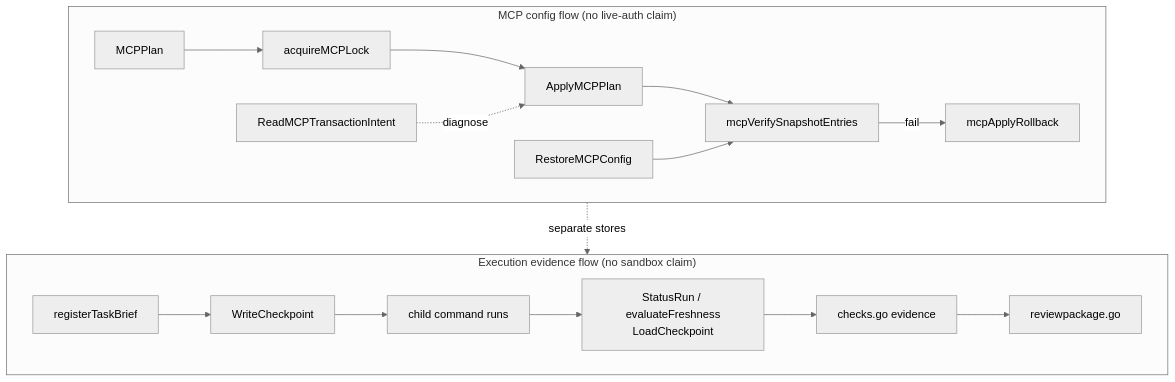
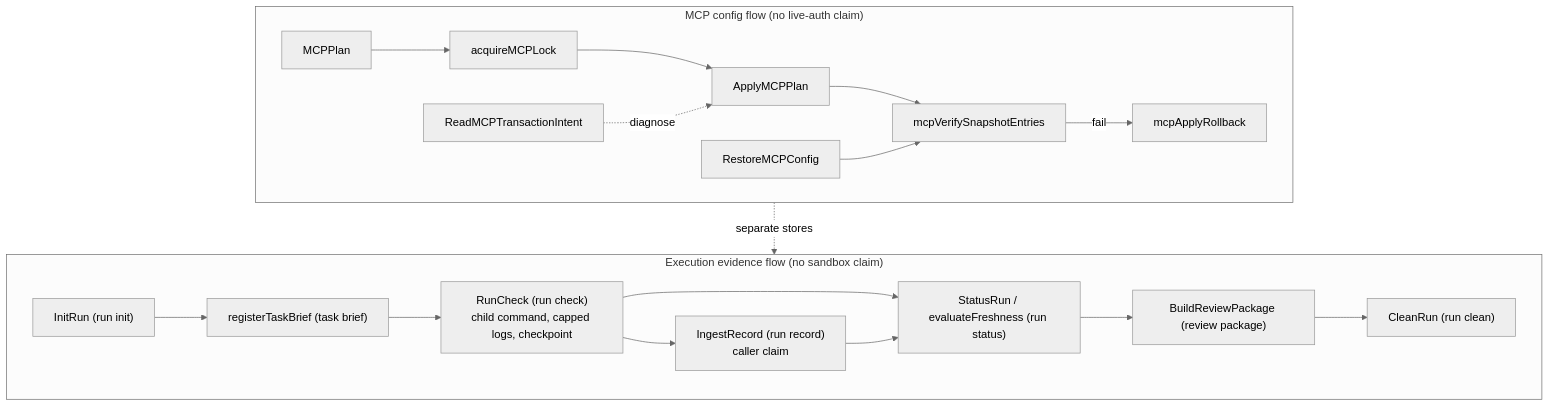
Before and after one commit to nawodyaishan/agentic-sdd: the diagram in website/src/assets/diagrams/D05-evidence.mmd, drawn with Mermaid (neutral theme). The commit also changed 30 other files, not shown here.

```diff
--- a/website/src/assets/diagrams/D05-evidence.mmd
+++ b/website/src/assets/diagrams/D05-evidence.mmd
@@ -1,21 +1,24 @@
-%% D05 — MCP/execution evidence flows (Feature 020, B3-W1-K)
-%% Purpose: MCP = config digest/lock/recovery; execution = brief/record/freshness/review; neither implies sandbox nor live auth.
-%% Source revision: 449245a
-%% Encodes: internal/skillsync/mcp_transaction.go (ApplyMCPPlan, acquireMCPLock, mcpVerifySnapshotEntries, RestoreMCPConfig, ReadMCPTransactionIntent), internal/execution (WriteCheckpoint/LoadCheckpoint, StatusRun/evaluateFreshness, registerTaskBrief, checks.go, reviewpackage.go)
+%% D05 — MCP/execution evidence flows (Feature 020, B3-W1-K; execution order corrected in B9-W1-B)
+%% Purpose: MCP = config digest/lock/recovery; execution = run init/brief/check/record/status/review/clean; neither implies sandbox nor live auth.
+%% Source revision: c542b4a plus the B9/T20 corrective working tree (2026-11-16)
+%% Encodes: internal/skillsync/mcp_transaction.go (ApplyMCPPlan, acquireMCPLock, mcpVerifySnapshotEntries, RestoreMCPConfig, ReadMCPTransactionIntent), internal/execution (InitRun, registerTaskBrief, RunCheck with checks.go evidence, IngestRecord, StatusRun/evaluateFreshness, BuildReviewPackage, CleanRun, WriteCheckpoint/LoadCheckpoint)
+%% Order: the arrows show the typical lifecycle of one run. A check or a record can repeat before status; status and review read the checkpoint and do not write evidence.
 flowchart TB
   subgraph MCP["MCP config flow (no live-auth claim)"]
     MPlan["MCPPlan"] --> MLock["acquireMCPLock"]
     MLock --> MApply["ApplyMCPPlan"]
     MApply --> MVerify["mcpVerifySnapshotEntries"]
     MVerify -->|fail| MRollback["mcpApplyRollback"]
     MIntent["ReadMCPTransactionIntent"] -.->|diagnose| MApply
     MRestore["RestoreMCPConfig"] --> MVerify
   end
   subgraph EXEC["Execution evidence flow (no sandbox claim)"]
-    Brief["registerTaskBrief"] --> CP["WriteCheckpoint"]
-    CP --> Run["child command runs"]
-    Run --> Status["StatusRun / evaluateFreshness<br/>LoadCheckpoint"]
-    Status --> Checks["checks.go evidence"]
-    Checks --> Review["reviewpackage.go"]
+    Init["InitRun (run init)"] --> Brief["registerTaskBrief (task brief)"]
+    Brief --> Check["RunCheck (run check)<br/>child command, capped logs, checkpoint"]
+    Check --> Record["IngestRecord (run record)<br/>caller claim"]
+    Check --> Status["StatusRun / evaluateFreshness (run status)"]
+    Record --> Status
+    Status --> Review["BuildReviewPackage (review package)"]
+    Review --> Clean["CleanRun (run clean)"]
   end
   MCP -.->|separate stores| EXEC
```
